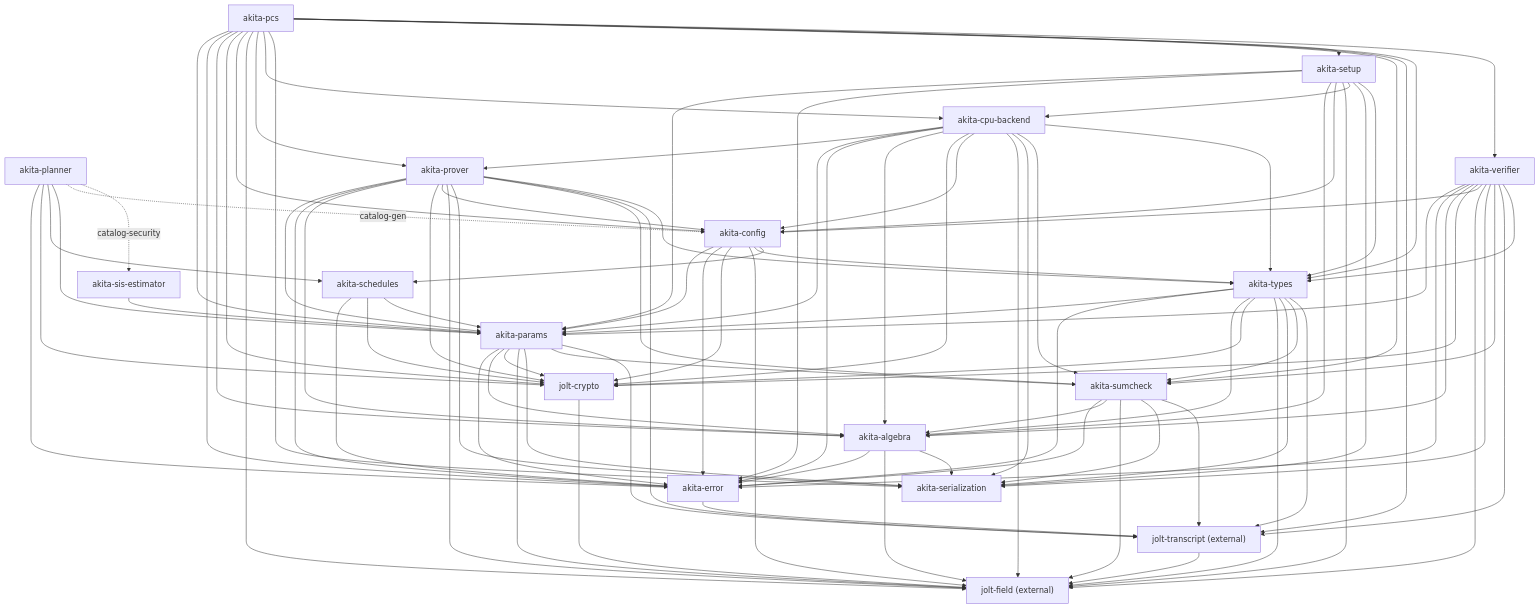
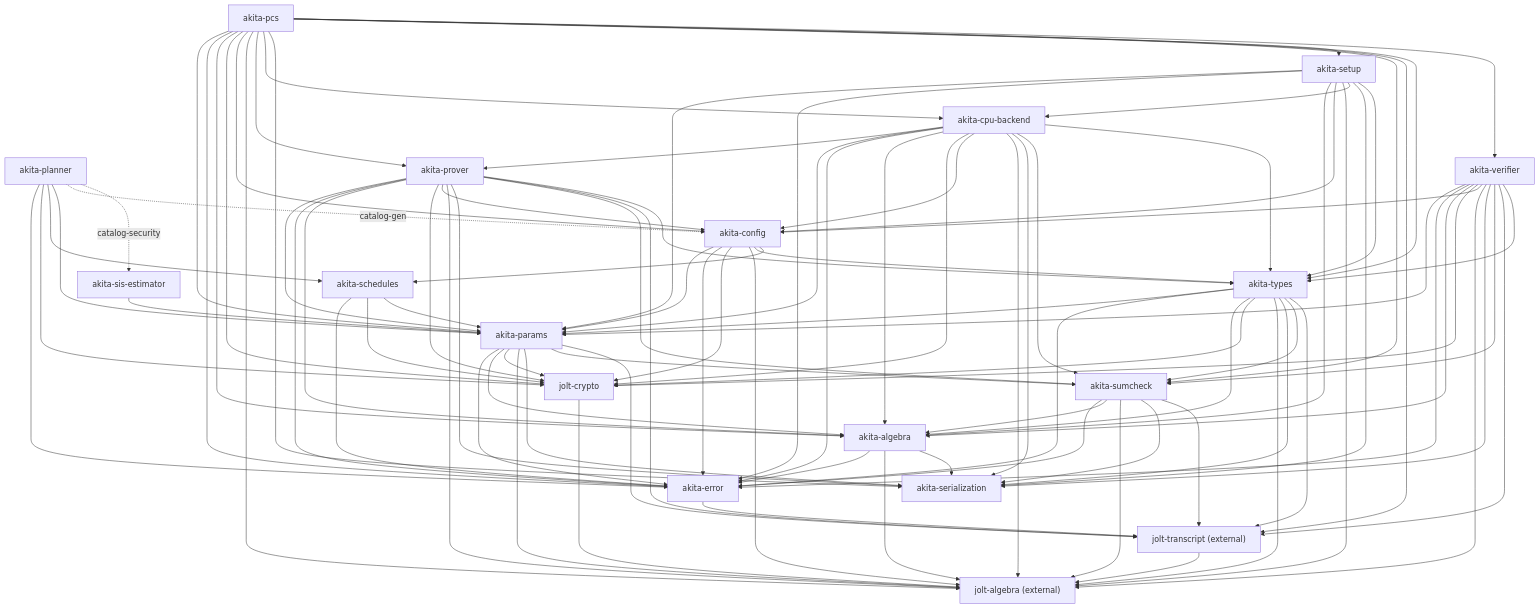
One commit to Acentelles/akita-lz changed the diagram in docs/crate-graph.md. Above: the diagram before and after it, drawn with Mermaid. The commit also changed other lines of this file and 483 other files, not shown here.

Commit message:
fixup! [M1c] switch to jolt-algebra's ring, NTT, FFT, and checked arithmetic

```diff
--- a/docs/crate-graph.md
+++ b/docs/crate-graph.md
@@ -38,7 +38,7 @@
 graph TD
   Error["akita-error"]
   Ser["akita-serialization"]
-  Field["jolt-field (external)"]
+  Field["jolt-algebra (external)"]
   Algebra["akita-algebra"]
   Transcript["jolt-transcript (external)"]
   Crypto["jolt-crypto"]
```
